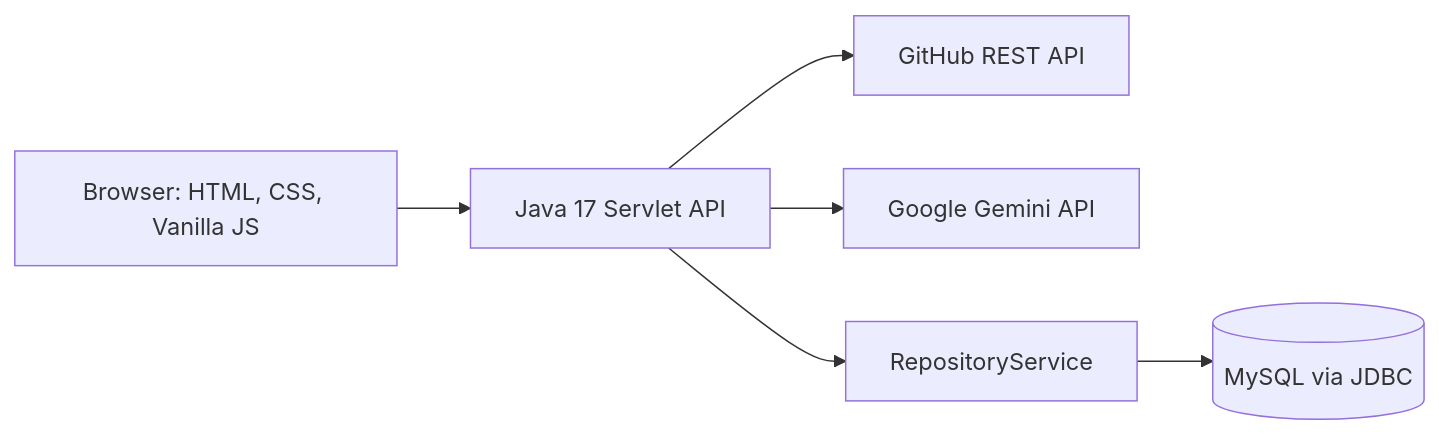
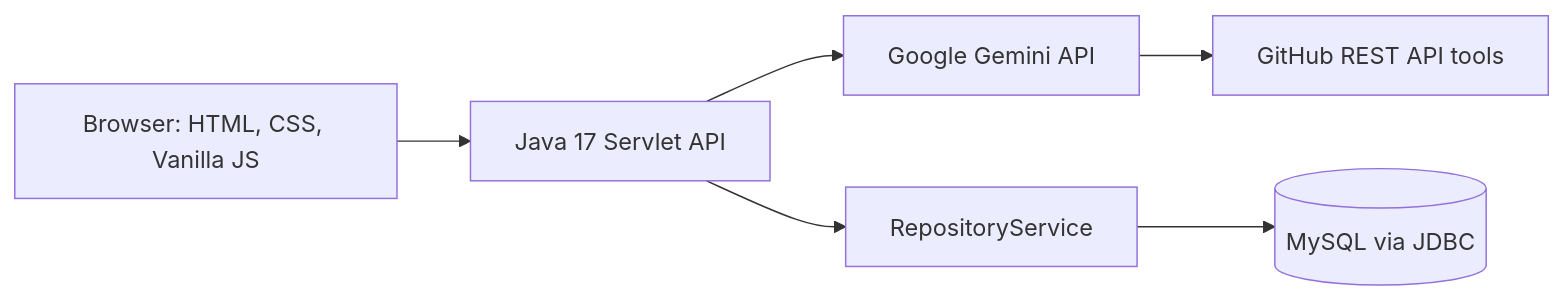
The diagram in README.md (Aksha-yaa/RepoInsight-AI), drawn with Mermaid before and after one commit. The commit also changed other lines of this file and 8 other files, not shown here.

````diff
--- a/README.md
+++ b/README.md
@@ -27,8 +28,8 @@
 ```mermaid
 flowchart LR
     U[Browser: HTML, CSS, Vanilla JS] --> S[Java 17 Servlet API]
-    S --> G[GitHub REST API]
     S --> AI[Google Gemini API]
+    AI --> G[GitHub REST API tools]
     S --> R[RepositoryService]
     R --> DB[(MySQL via JDBC)]
 ```
````
